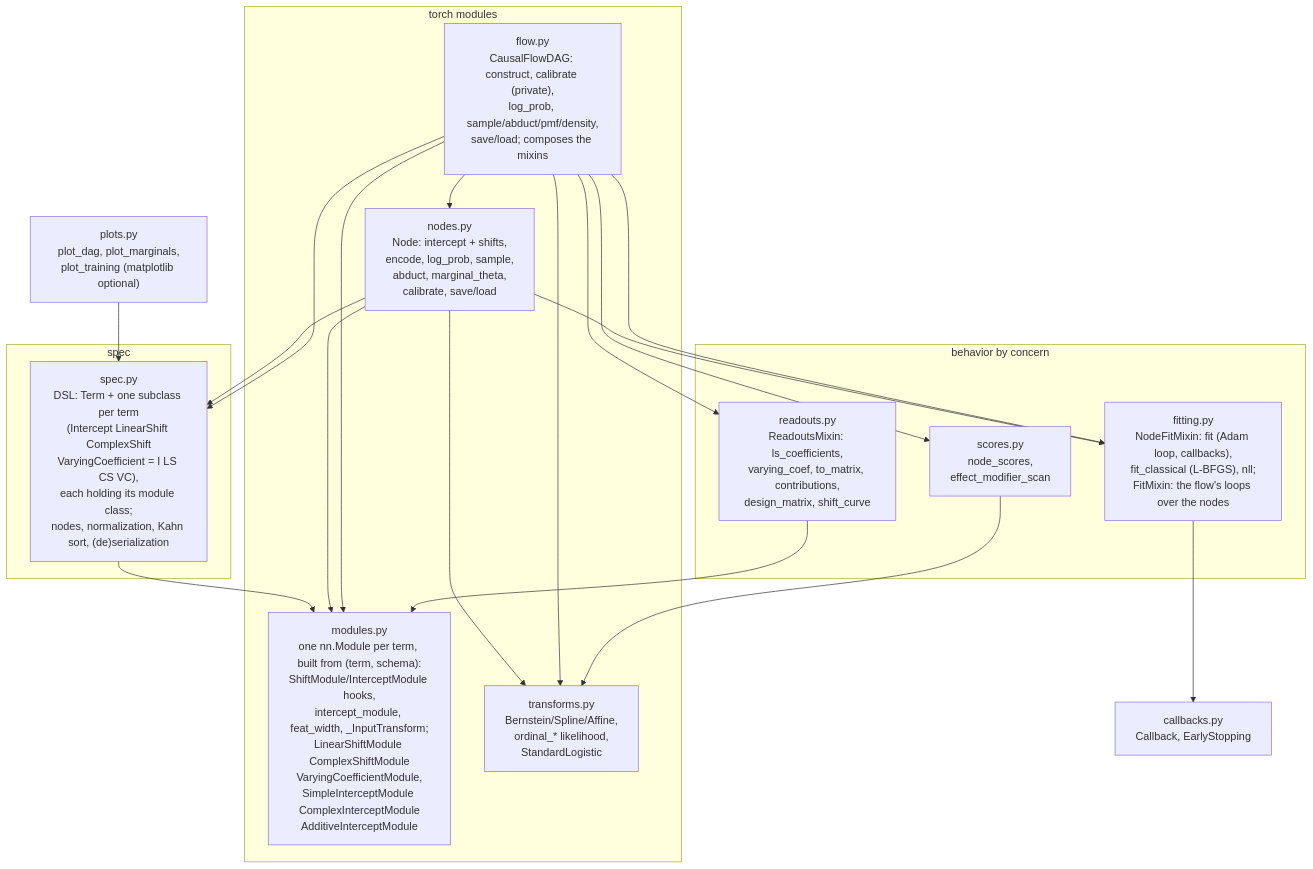
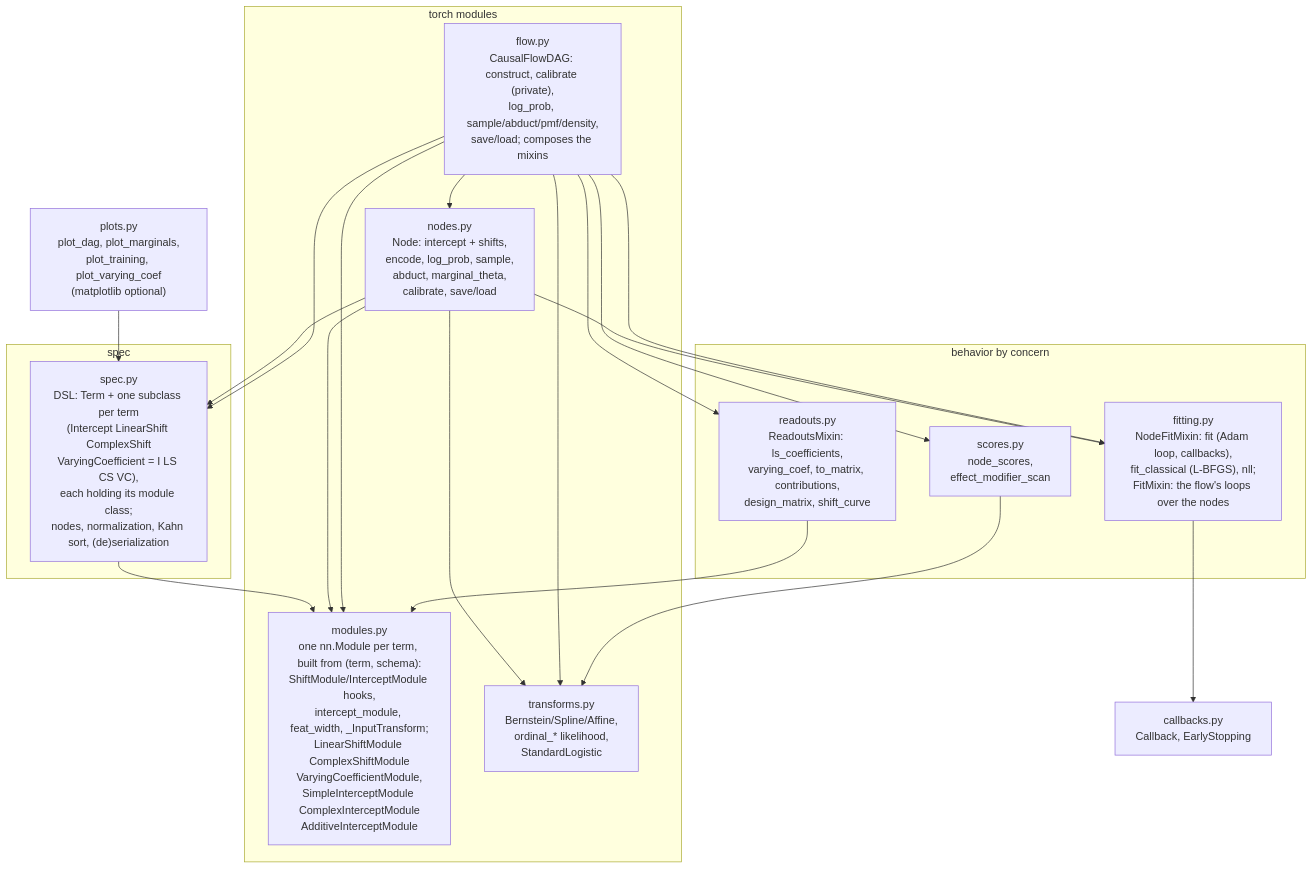
The first of 6 diagrams in docs/architecture.md (tensorchiefs/tramdag), drawn with Mermaid before and after one commit. The commit also changed 2 other files, not shown here.

Commit message:
docs: name plot_varying_coef and the new plot arguments

````diff
--- a/docs/architecture.md
+++ b/docs/architecture.md
@@ -9,36 +9,36 @@
 ```mermaid
 graph TD
     subgraph data["spec"]
         spec["spec.py<br/>DSL: Term + one subclass per term<br/>(Intercept LinearShift ComplexShift<br/>VaryingCoefficient = I LS CS VC),<br/>each holding its module class;<br/>nodes, normalization, Kahn sort, (de)serialization"]
     end
     subgraph torch["torch modules"]
         modules["modules.py<br/>one nn.Module per term, built from (term, schema):<br/>ShiftModule/InterceptModule hooks,<br/>intercept_module, feat_width, _InputTransform;<br/>LinearShiftModule ComplexShiftModule<br/>VaryingCoefficientModule,<br/>SimpleInterceptModule ComplexInterceptModule<br/>AdditiveInterceptModule"]
         transforms["transforms.py<br/>Bernstein/Spline/Affine,<br/>ordinal_* likelihood,<br/>StandardLogistic"]
         nodes["nodes.py<br/>Node: intercept + shifts,<br/>encode, log_prob, sample,<br/>abduct, marginal_theta,<br/>calibrate, save/load"]
         flow["flow.py<br/>CausalFlowDAG: construct, calibrate (private),<br/>log_prob, sample/abduct/pmf/density,<br/>save/load; composes the mixins"]
     end
     subgraph functions["behavior by concern"]
         fitting["fitting.py<br/>NodeFitMixin: fit (Adam loop, callbacks),<br/>fit_classical (L-BFGS), nll;<br/>FitMixin: the flow's loops over the nodes"]
         readouts["readouts.py<br/>ReadoutsMixin: ls_coefficients,<br/>varying_coef, to_matrix, contributions,<br/>design_matrix, shift_curve"]
         scores["scores.py<br/>node_scores,<br/>effect_modifier_scan"]
     end
     callbacks["callbacks.py<br/>Callback, EarlyStopping"]
-    plots["plots.py<br/>plot_dag, plot_marginals,<br/>plot_training (matplotlib optional)"]
+    plots["plots.py<br/>plot_dag, plot_marginals,<br/>plot_training, plot_varying_coef<br/>(matplotlib optional)"]
 
     spec --> modules
     nodes --> spec
     nodes --> transforms
     nodes --> fitting
     nodes --> modules
     flow --> nodes
     flow --> modules
     flow --> spec
     flow --> transforms
     flow --> fitting
     flow --> readouts
     flow --> scores
     fitting --> callbacks
     readouts --> modules
     scores --> transforms
     plots --> spec
 ```
````
